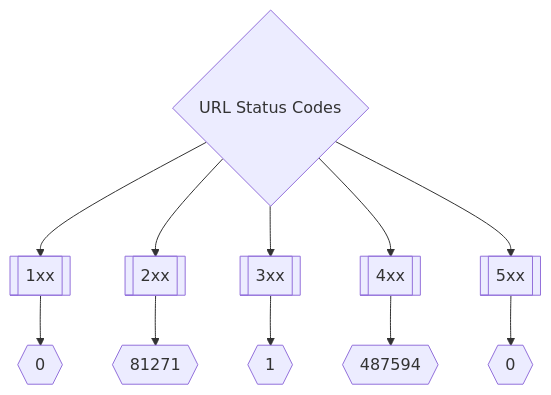
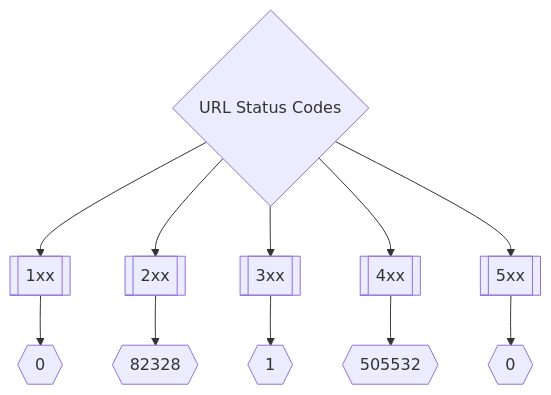
The second of 3 diagrams in README.md (trickest/inventory), drawn with Mermaid before and after one commit. The commit also changed other lines of this file, not shown here.

Commit message:
Update README.md Wed Jun  1 14:23:54 UTC 2022

````diff
--- a/README.md
+++ b/README.md
@@ -173,8 +173,8 @@
 ```mermaid
 graph TD
 title{URL Status Codes} --> 1xx[[1xx]] --> status1xxNum{{0}}
-title --> 2xx[[2xx]] --> status2xxNum{{81271}}
+title --> 2xx[[2xx]] --> status2xxNum{{82328}}
 title --> 3xx[[3xx]] --> status3xxNum{{1}}
-title --> 4xx[[4xx]] --> status4xxNum{{487594}}
+title --> 4xx[[4xx]] --> status4xxNum{{505532}}
 title --> 5xx[[5xx]] --> status5xxNum{{0}}
 ```
````
